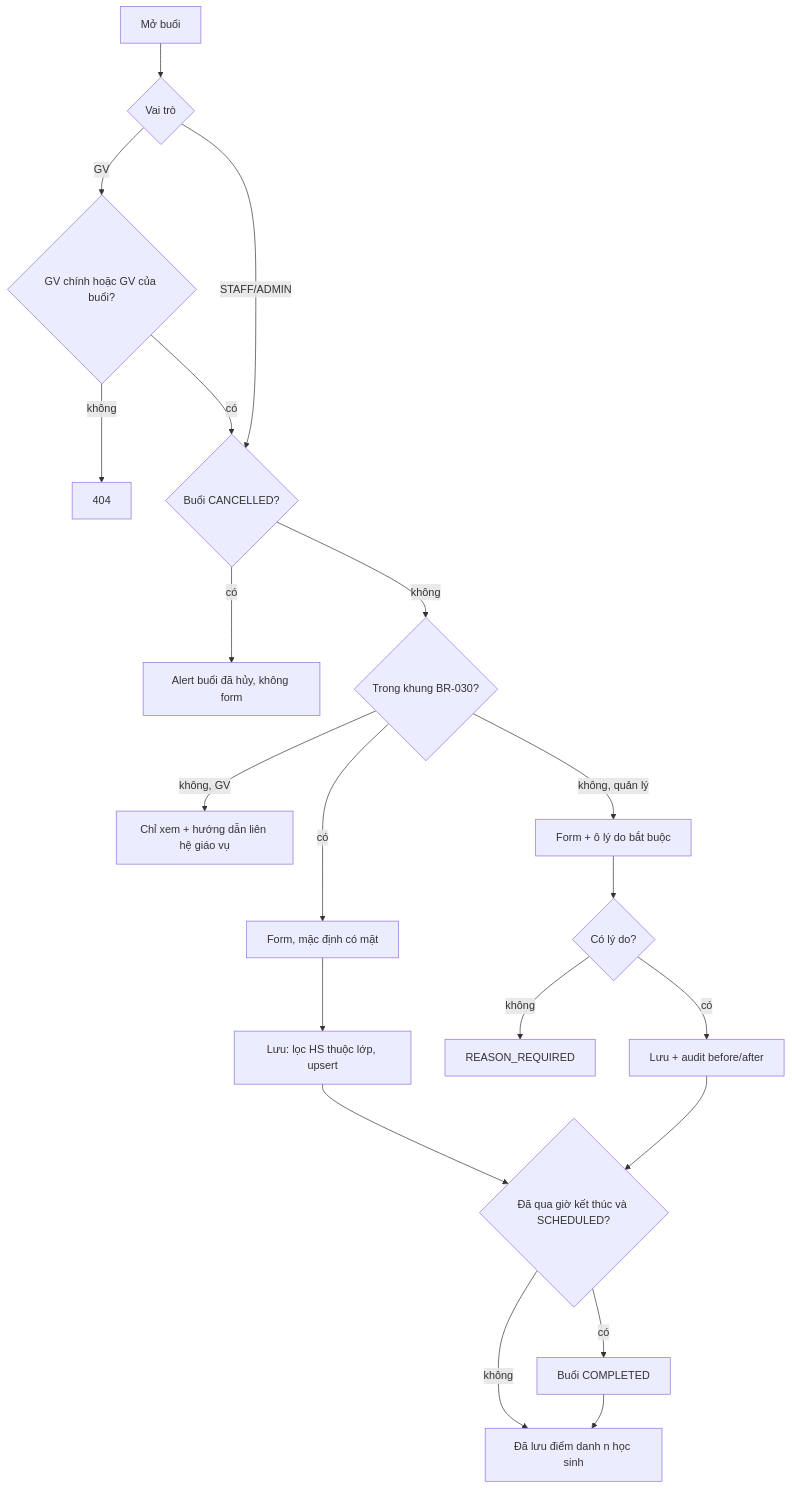
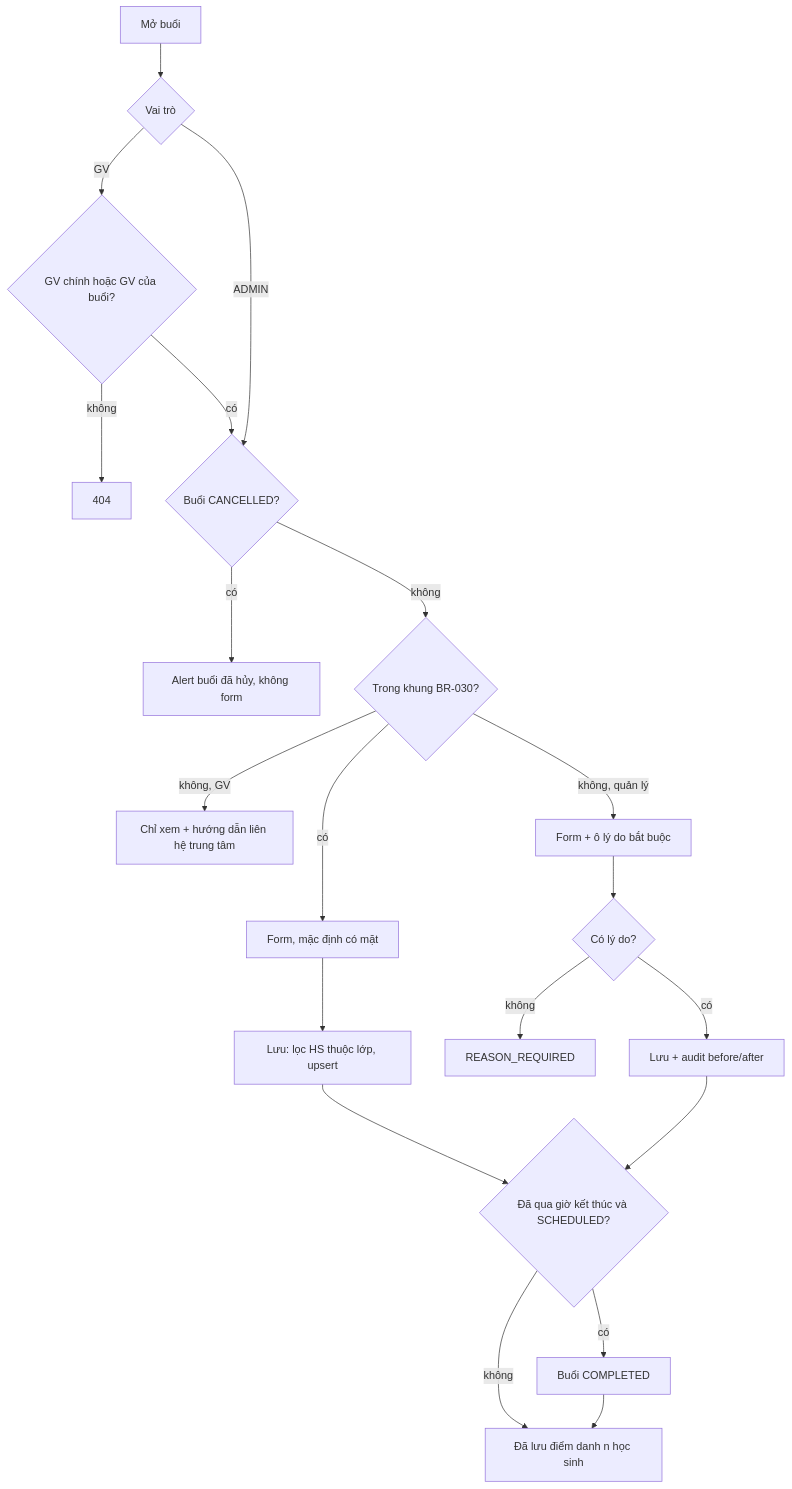
One commit to Huutuyen205/CoreLinkAcademy changed the ninth of 12 diagrams in docs/07-user-flows-and-logic-diagrams.md. Above: the diagram before and after it, drawn with Mermaid. The commit also changed other lines of this file and 97 other files, not shown here.

````diff
--- a/docs/07-user-flows-and-logic-diagrams.md
+++ b/docs/07-user-flows-and-logic-diagrams.md
@@ -266,22 +266,22 @@
 ```mermaid
 flowchart TD
   A[Mở buổi] --> B{Vai trò}
   B -- GV --> C{"GV chính hoặc GV của buổi?"}
   C -- không --> X[404]
   C -- có --> CX{Buổi CANCELLED?}
-  B -- "STAFF/ADMIN" --> CX
+  B -- "ADMIN" --> CX
   CX -- có --> CA[Alert buổi đã hủy, không form]
   CX -- không --> D{Trong khung BR-030?}
   D -- có --> F[Form, mặc định có mặt]
-  D -- không, GV --> RO[Chỉ xem + hướng dẫn liên hệ giáo vụ]
+  D -- không, GV --> RO[Chỉ xem + hướng dẫn liên hệ trung tâm]
   D -- không, quản lý --> F2[Form + ô lý do bắt buộc]
   F --> S[Lưu: lọc HS thuộc lớp, upsert]
   F2 --> RS{Có lý do?}
   RS -- không --> ER[REASON_REQUIRED]
   RS -- có --> S2[Lưu + audit before/after]
   S --> Z{Đã qua giờ kết thúc và SCHEDULED?}
   S2 --> Z
   Z -- có --> CMP[Buổi COMPLETED]
   Z -- không --> DONE[Đã lưu điểm danh n học sinh]
   CMP --> DONE
 ```
````
